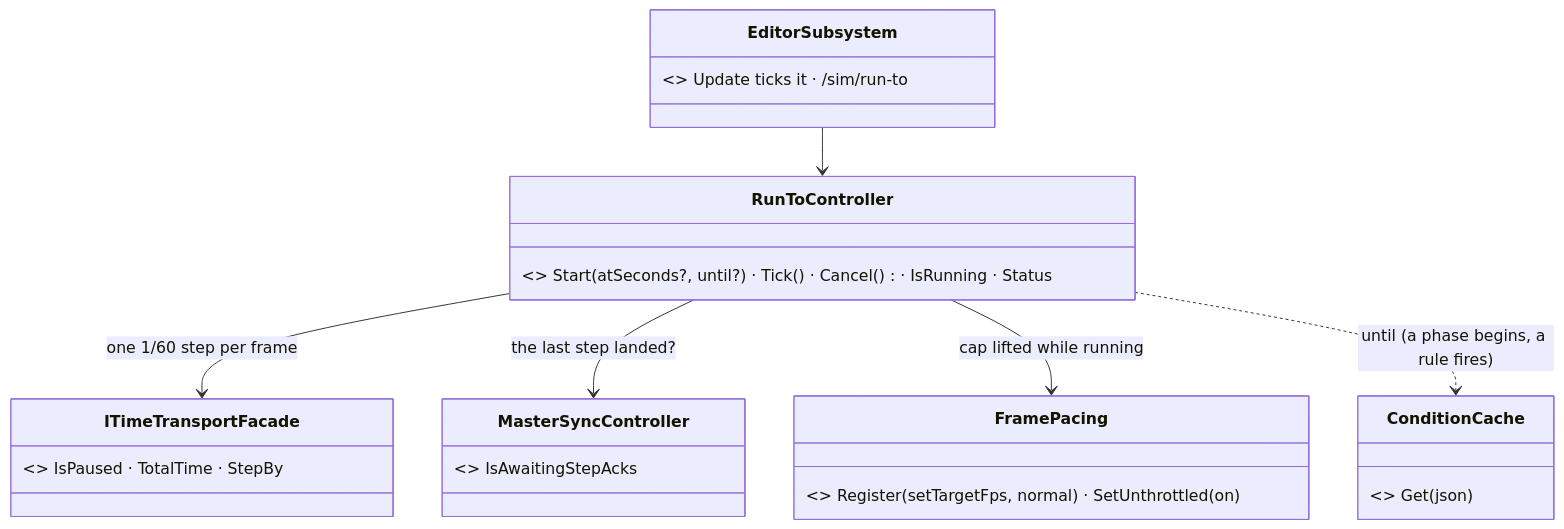
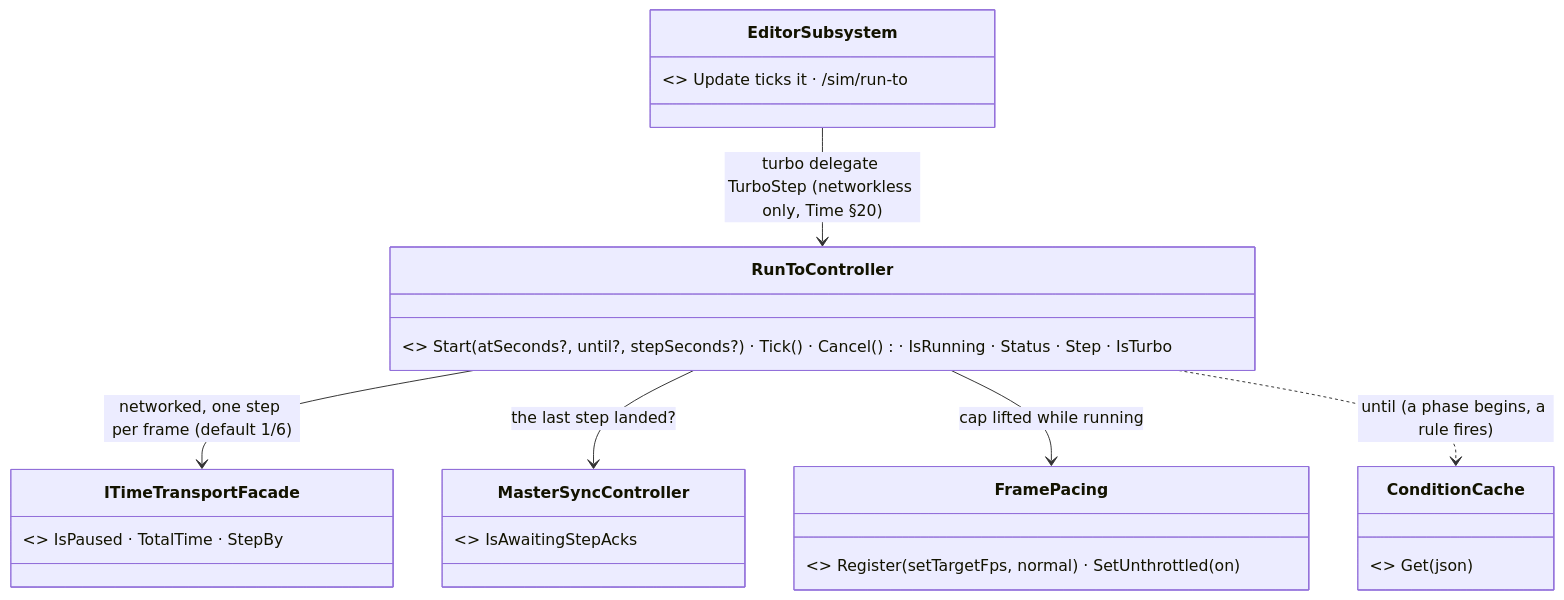
Before and after one commit to pjanec/HROT: the third of 4 diagrams in docs/UX/DESIGN_Scenario_Lifecycle_Review.md, drawn with Mermaid. The commit also changed other lines of this file and 2 other files, not shown here.

Commit message:
L-7 (CE-4316): designs to the as-built - lifecycle §2.8 UML (per-run step, turbo), Time §20 measured 0.9x at 1/60, 1.9x at 1/20
Claude-Session: https://claude.ai/code/session_01K2t99mVJpUyjiSMGLvv9TT

````diff
--- a/docs/UX/DESIGN_Scenario_Lifecycle_Review.md
+++ b/docs/UX/DESIGN_Scenario_Lifecycle_Review.md
@@ -154,14 +154,14 @@
 ```mermaid
 classDiagram
-  class RunToController { <<NEW · Hrot.Presentation/RunMode>> Start(atSeconds?, until?) · Tick() · Cancel() · IsRunning · Status }
+  class RunToController { <<NEW · Hrot.Presentation/RunMode>> Start(atSeconds?, until?, stepSeconds?) · Tick() · Cancel() · IsRunning · Status · Step · IsTurbo }
   class FramePacing { <<NEW>> Register(setTargetFps, normal) · SetUnthrottled(on) }
   class ITimeTransportFacade { <<existing>> IsPaused · TotalTime · StepBy }
   class MasterSyncController { <<existing>> IsAwaitingStepAcks }
   class ConditionCache { <<existing>> Get(json) }
   class EditorSubsystem { <<existing>> Update ticks it · /sim/run-to }
-  EditorSubsystem --> RunToController
-  RunToController --> ITimeTransportFacade : one 1/60 step per frame
+  EditorSubsystem --> RunToController : turbo delegate TurboStep (networkless only, Time §20)
+  RunToController --> ITimeTransportFacade : networked, one step per frame (default 1/6)
   RunToController --> MasterSyncController : the last step landed?
   RunToController --> FramePacing : cap lifted while running
   RunToController ..> ConditionCache : until (a phase begins, a rule fires)
 ```
````
